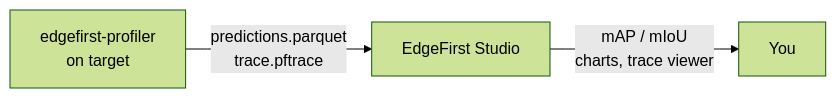
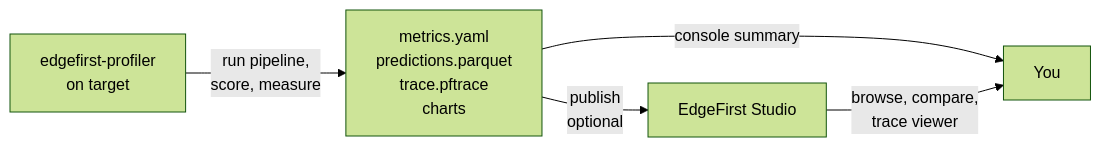
One commit to EdgeFirstAI/documentation changed the diagram in docs/profiler/index.md. Above: the diagram before and after it, drawn with Mermaid (forest theme). The commit also changed other lines of this file and 23 other files, not shown here.

````diff
--- a/docs/profiler/index.md
+++ b/docs/profiler/index.md
@@ -17,5 +17,7 @@
 ```mermaid
 flowchart LR
-    A[edgefirst-profiler<br/>on target] -->|predictions.parquet<br/>trace.pftrace| B[EdgeFirst Studio]
-    B -->|mAP / mIoU<br/>charts, trace viewer| D[You]
+    A[edgefirst-profiler<br/>on target] -->|run pipeline,<br/>score, measure| A2[metrics.yaml<br/>predictions.parquet<br/>trace.pftrace<br/>charts]
+    A2 -->|publish<br/>optional| B[EdgeFirst Studio]
+    A2 -->|console summary| D[You]
+    B -->|browse, compare,<br/>trace viewer| D
 ```
````
